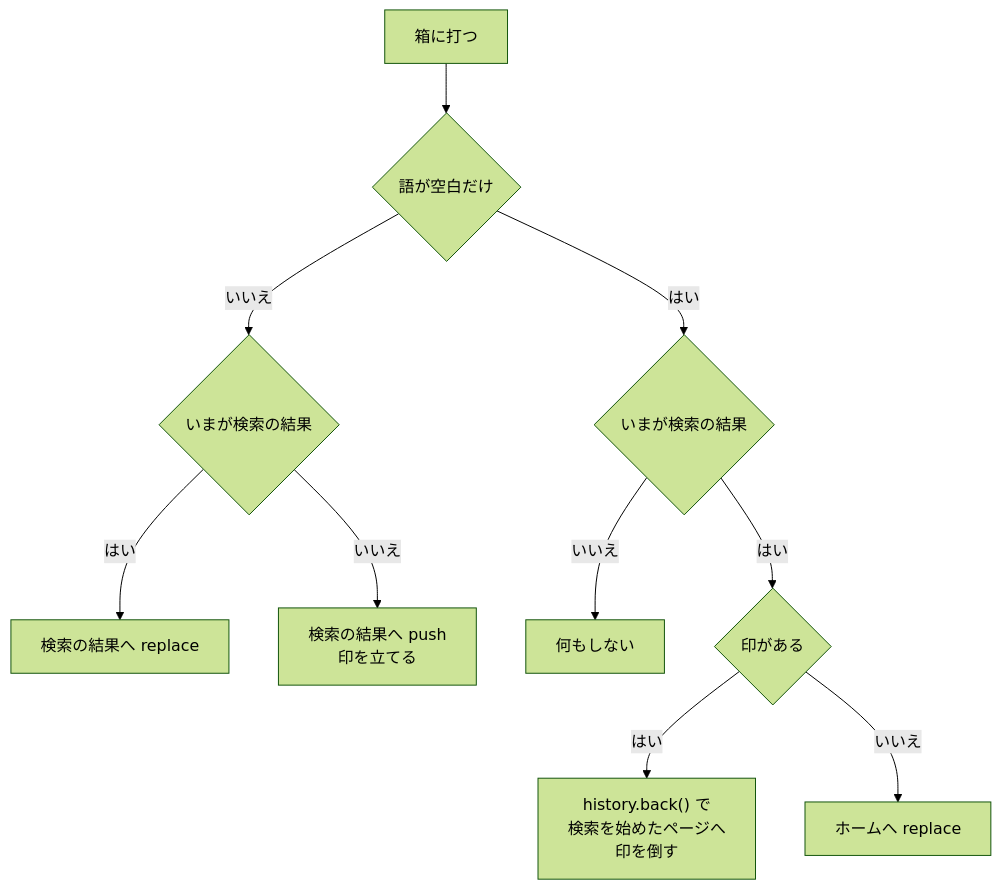
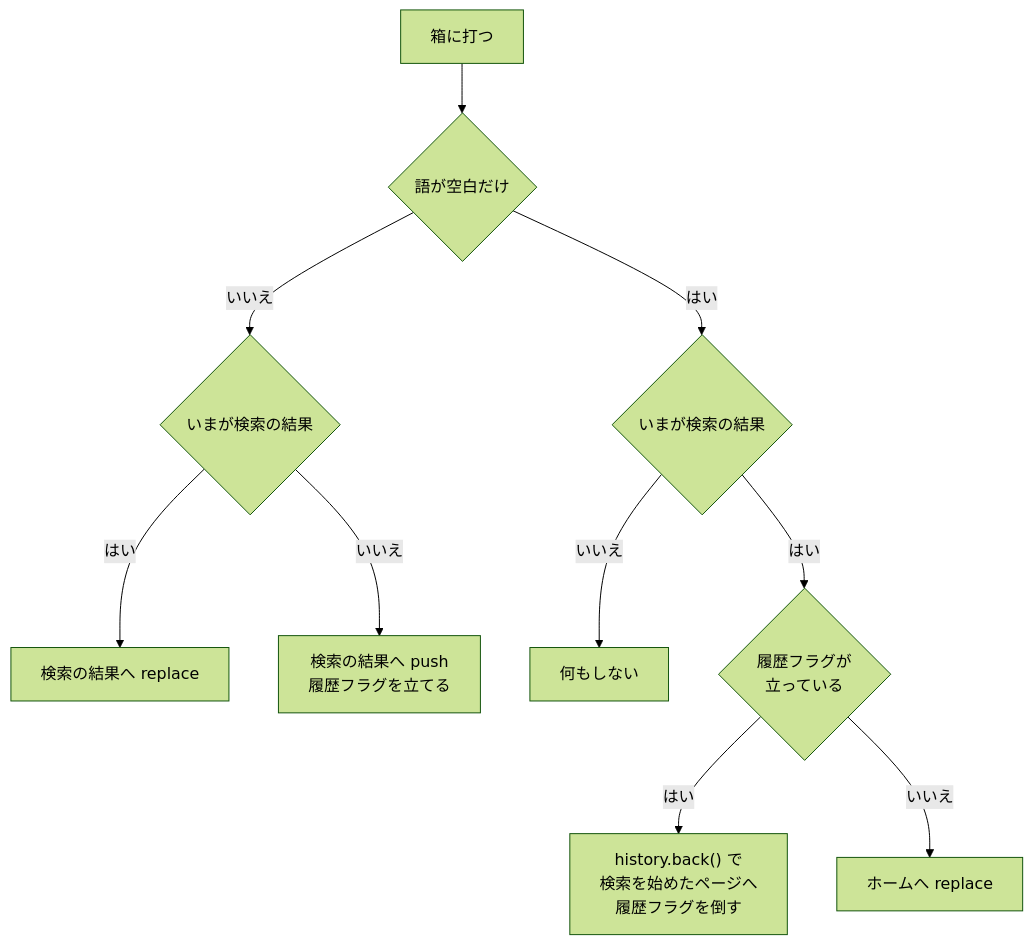
One commit to maronnjapan/maronn-openid-connect changed diagram 16 of 42 in apps/tests/docs/06-viewer.md. Above: the diagram before and after it, drawn with Mermaid (forest theme). The commit also changed other lines of this file and 11 other files, not shown here.

````diff
--- a/apps/tests/docs/06-viewer.md
+++ b/apps/tests/docs/06-viewer.md
@@ -878,22 +1211,22 @@
 ```mermaid
 flowchart TB
   A["箱に打つ"]
   B{"語が空白だけ"}
   C{"いまが検索の結果"}
   D["検索の結果へ replace"]
-  E["検索の結果へ push<br/>印を立てる"]
+  E["検索の結果へ push<br/>履歴フラグを立てる"]
   F{"いまが検索の結果"}
   G["何もしない"]
-  H{"印がある"}
-  I["history.back() で<br/>検索を始めたページへ<br/>印を倒す"]
+  H{"履歴フラグが<br/>立っている"}
+  I["history.back() で<br/>検索を始めたページへ<br/>履歴フラグを倒す"]
   J["ホームへ replace"]
   A --> B
   B -->|"いいえ"| C
   C -->|"はい"| D
   C -->|"いいえ"| E
   B -->|"はい"| F
   F -->|"いいえ"| G
   F -->|"はい"| H
   H -->|"はい"| I
   H -->|"いいえ"| J
 ```
````
